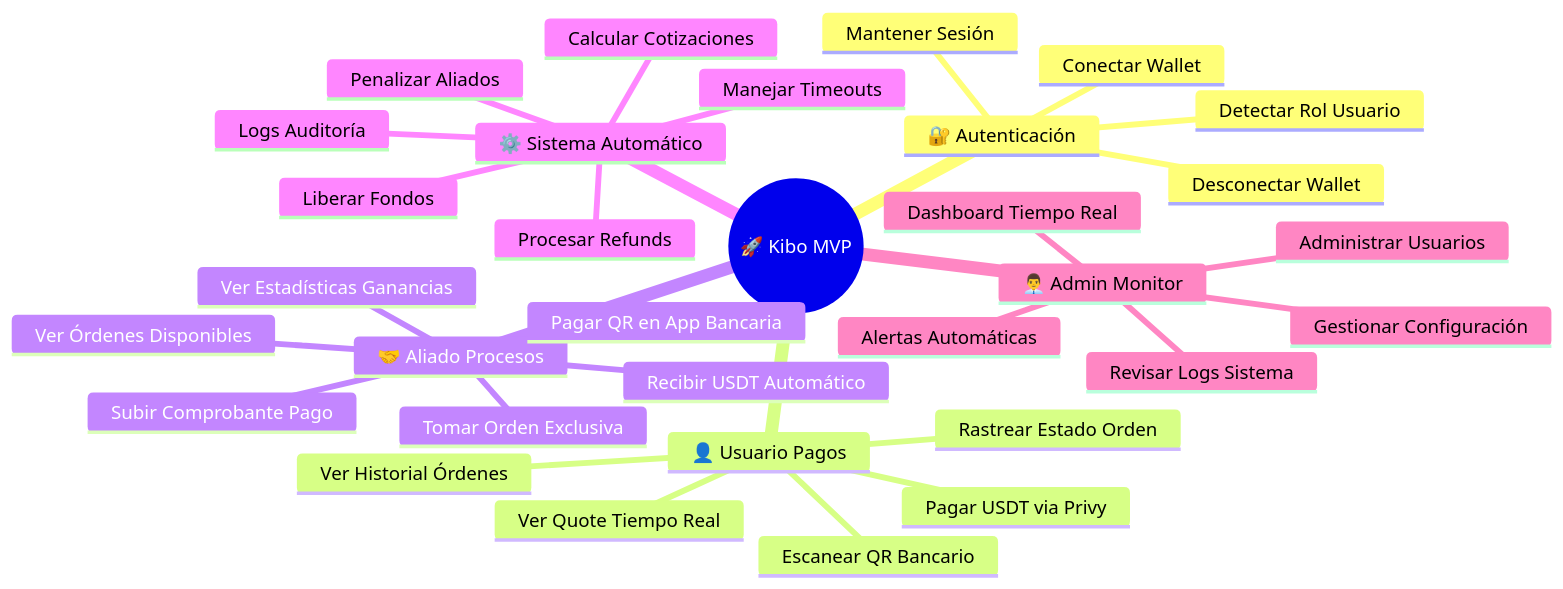
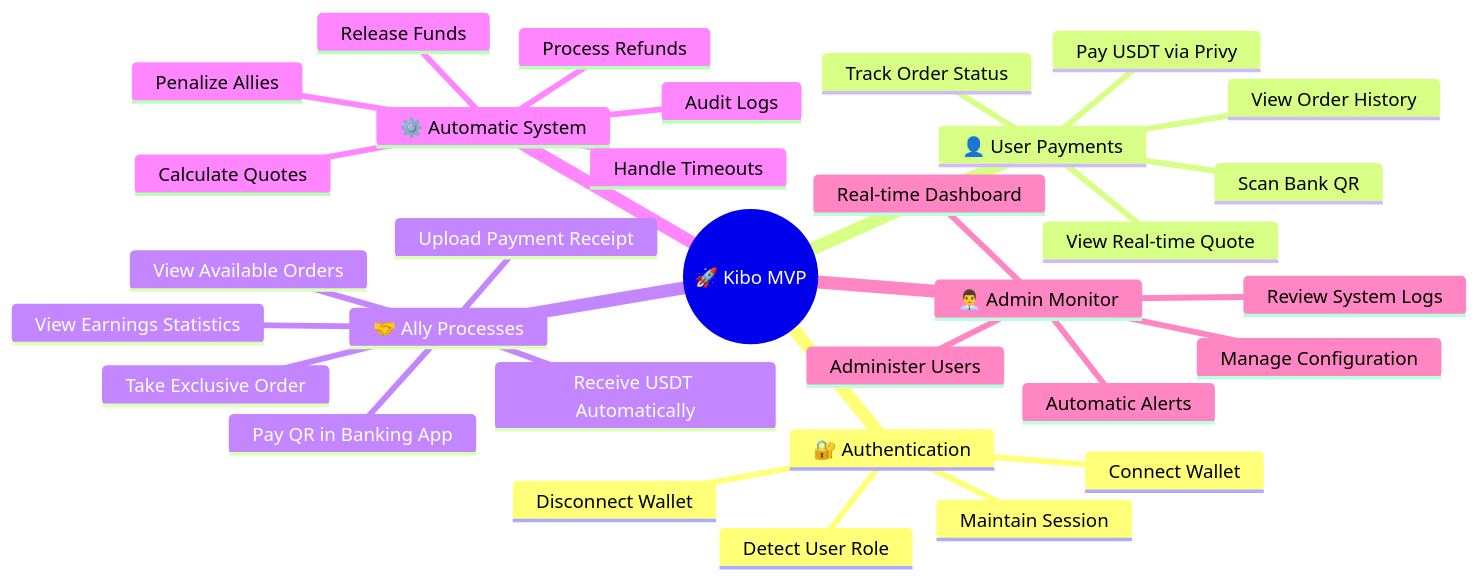
Before and after one commit to kibo-project/Kibo-Wiki: the diagram in 05-casos-uso.md, drawn with Mermaid. The commit also changed other lines of this file and 5 other files, not shown here.

````diff
--- a/05-casos-uso.md
+++ b/05-casos-uso.md
@@ -5,39 +5,39 @@
 ```mermaid
 mindmap
   root((🚀 Kibo MVP))
-    🔐 Autenticación
-      Conectar Wallet
-      Detectar Rol Usuario
-      Mantener Sesión
-      Desconectar Wallet
+    🔐 Authentication
+      Connect Wallet
+      Detect User Role
+      Maintain Session
+      Disconnect Wallet
     
-    👤 Usuario Pagos
-      Escanear QR Bancario
-      Ver Quote Tiempo Real
-      Pagar USDT via Privy
-      Rastrear Estado Orden
-      Ver Historial Órdenes
+    👤 User Payments
+      Scan Bank QR
+      View Real-time Quote
+      Pay USDT via Privy
+      Track Order Status
+      View Order History
       
-    🤝 Aliado Procesos
-      Ver Órdenes Disponibles
-      Tomar Orden Exclusiva
-      Pagar QR en App Bancaria
-      Subir Comprobante Pago
-      Recibir USDT Automático
-      Ver Estadísticas Ganancias
+    🤝 Ally Processes
+      View Available Orders
+      Take Exclusive Order
+      Pay QR in Banking App
+      Upload Payment Receipt
+      Receive USDT Automatically
+      View Earnings Statistics
       
-    ⚙️ Sistema Automático
-      Calcular Cotizaciones
-      Manejar Timeouts
-      Procesar Refunds
-      Liberar Fondos
-      Penalizar Aliados
-      Logs Auditoría
+    ⚙️ Automatic System
+      Calculate Quotes
+      Handle Timeouts
+      Process Refunds
+      Release Funds
+      Penalize Allies
+      Audit Logs
       
     👨‍💼 Admin Monitor
-      Dashboard Tiempo Real
-      Gestionar Configuración
-      Revisar Logs Sistema
-      Administrar Usuarios
-      Alertas Automáticas
+      Real-time Dashboard
+      Manage Configuration
+      Review System Logs
+      Administer Users
+      Automatic Alerts
 ```
````
